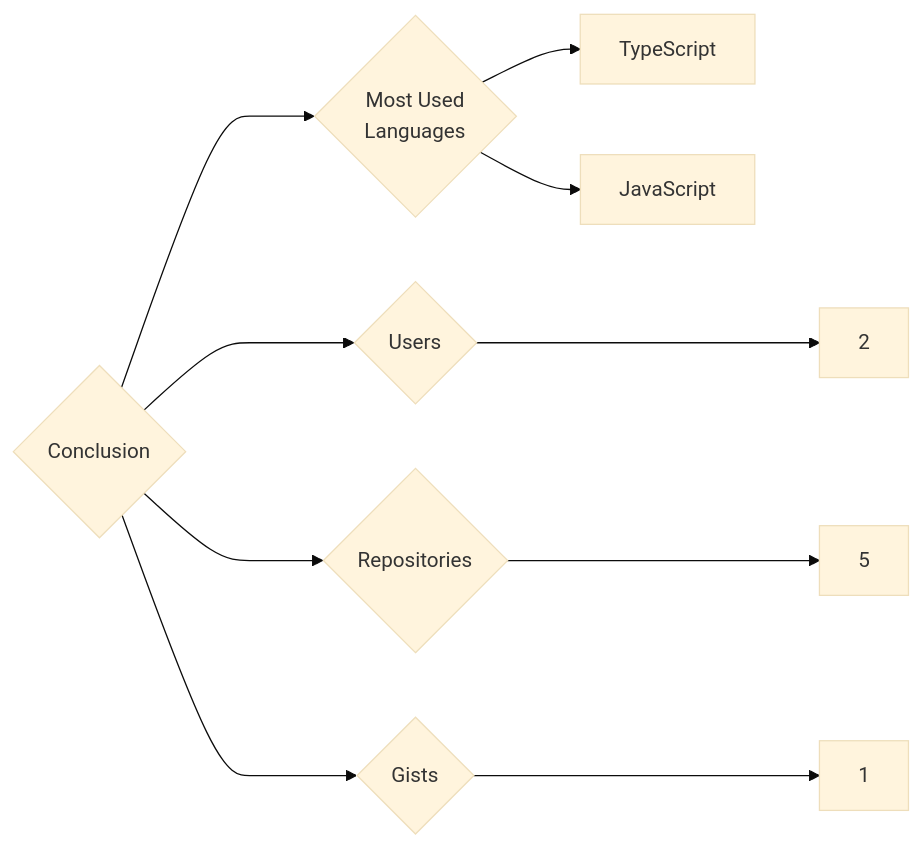
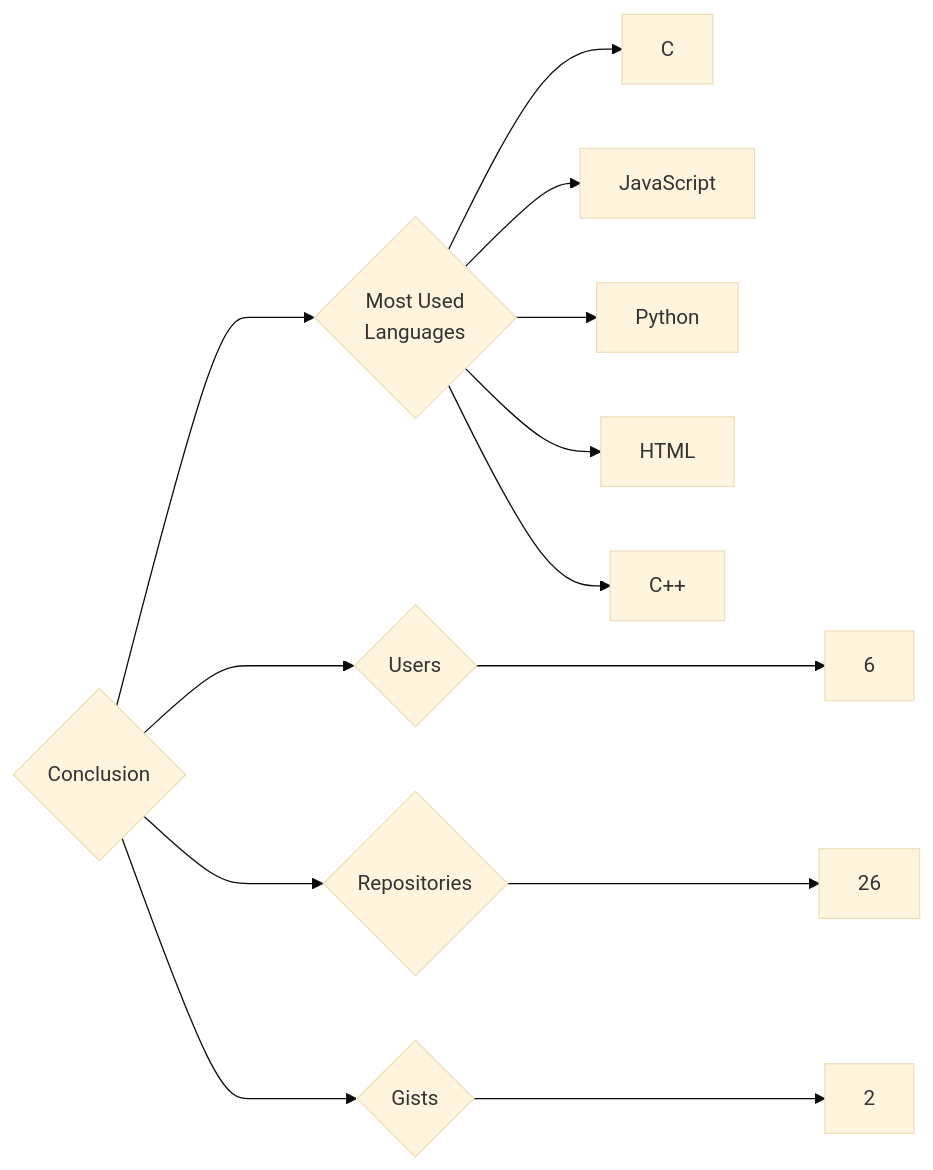
One commit to trickest/insiders changed the diagram in targets/Conclusion/README.md. Above: the diagram before and after it, drawn with Mermaid (base theme). The commit also changed 1055 other files, not shown here.

````diff
--- a/targets/Conclusion/README.md
+++ b/targets/Conclusion/README.md
@@ -3,10 +3,13 @@
 ```mermaid
 graph LR
 COMPANY_NAME{Conclusion}
-COMPANY_NAME ---> U{Users} ---> UN[2]
-COMPANY_NAME ---> R{Repositories} ---> RN[5]
-COMPANY_NAME ---> G{Gists} ---> GN[1]
+COMPANY_NAME ---> U{Users} ---> UN[6]
+COMPANY_NAME ---> R{Repositories} ---> RN[26]
+COMPANY_NAME ---> G{Gists} ---> GN[2]
 COMPANY_NAME ---> ML{Most Used<br>Languages}
-ML --> TypeScript[TypeScript]
+ML --> C[C]
 ML --> JavaScript[JavaScript]
+ML --> Python[Python]
+ML --> HTML[HTML]
+ML --> C++[C++]
 ```
````
